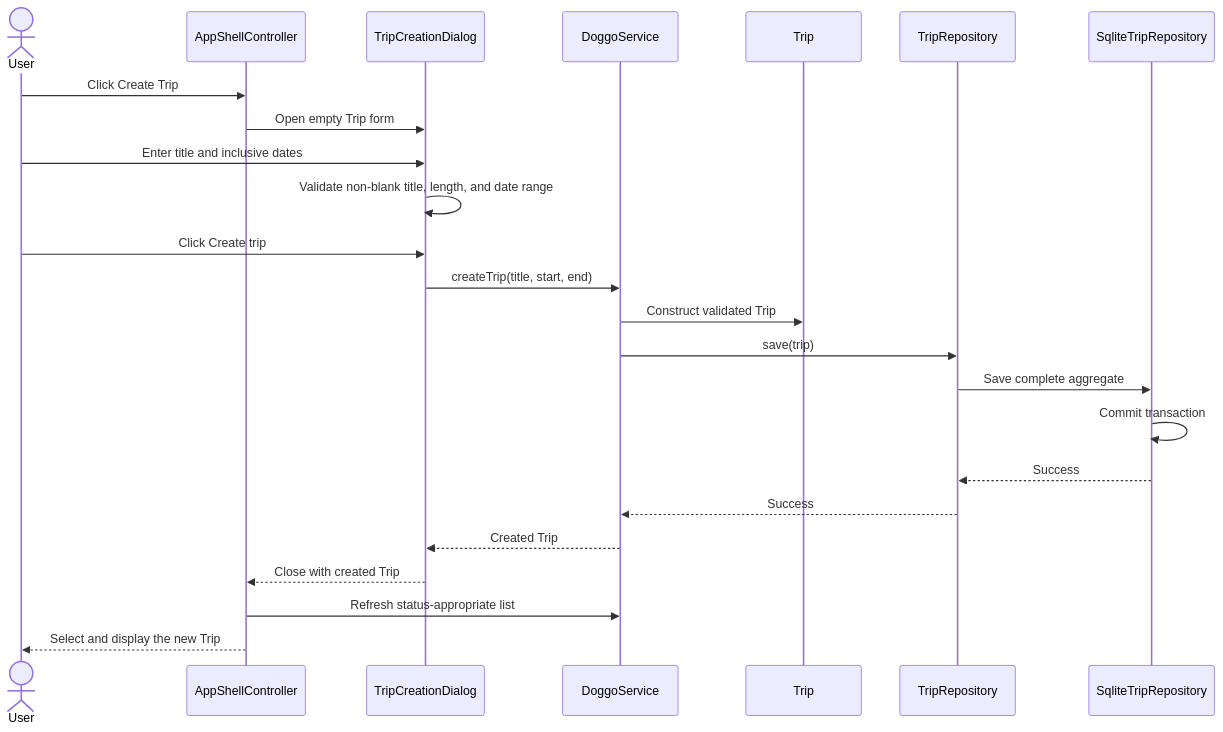
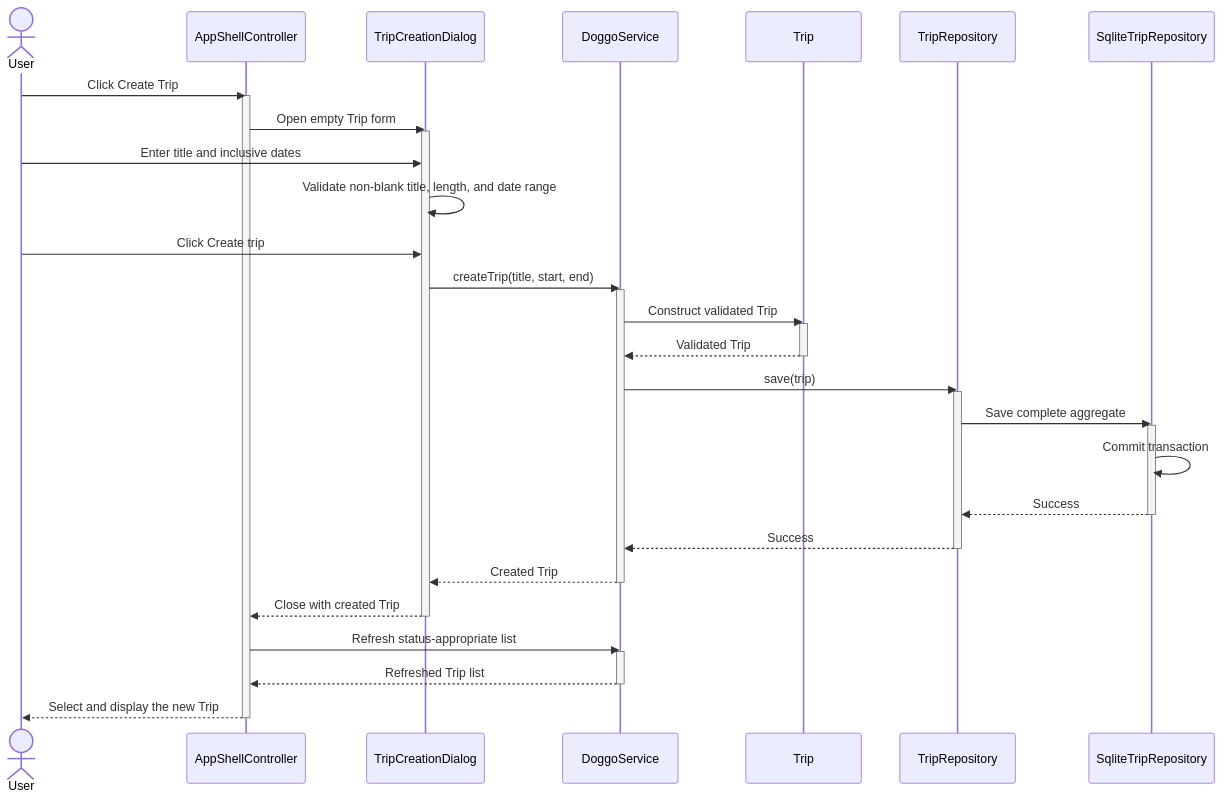
One commit to blurfrost/CS3227-2610-MP1 changed the fourth of 7 diagrams in docs/DeveloperGuide.md. Above: the diagram before and after it, drawn with Mermaid. The commit also changed other lines of this file, not shown here.

Commit message:
Update Developer guide sequence diagrams

```diff
--- a/docs/DeveloperGuide.md
+++ b/docs/DeveloperGuide.md
@@ -373,27 +391,43 @@
 ~~~mermaid
 sequenceDiagram
     actor User
     participant Shell as AppShellController
     participant Dialog as TripCreationDialog
     participant Service as DoggoService
     participant Domain as Trip
     participant Repo as TripRepository
     participant SQLite as SqliteTripRepository
 
     User->>Shell: Click Create Trip
+    activate Shell
     Shell->>Dialog: Open empty Trip form
+    activate Dialog
     User->>Dialog: Enter title and inclusive dates
     Dialog->>Dialog: Validate non-blank title, length, and date range
     User->>Dialog: Click Create trip
     Dialog->>Service: createTrip(title, start, end)
+    activate Service
     Service->>Domain: Construct validated Trip
+    activate Domain
+    Domain-->>Service: Validated Trip
+    deactivate Domain
     Service->>Repo: save(trip)
+    activate Repo
     Repo->>SQLite: Save complete aggregate
+    activate SQLite
     SQLite->>SQLite: Commit transaction
     SQLite-->>Repo: Success
+    deactivate SQLite
     Repo-->>Service: Success
+    deactivate Repo
     Service-->>Dialog: Created Trip
+    deactivate Service
     Dialog-->>Shell: Close with created Trip
+    deactivate Dialog
     Shell->>Service: Refresh status-appropriate list
+    activate Service
+    Service-->>Shell: Refreshed Trip list
+    deactivate Service
     Shell-->>User: Select and display the new Trip
+    deactivate Shell
 ~~~
```
